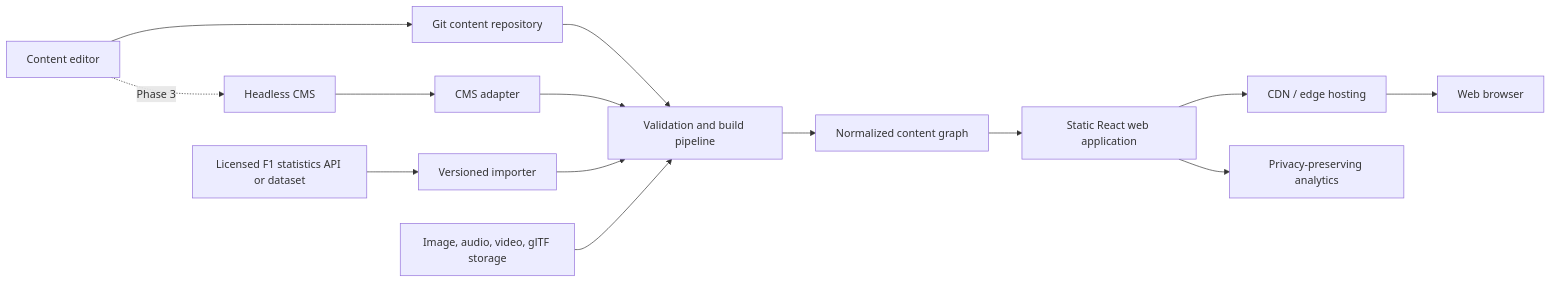
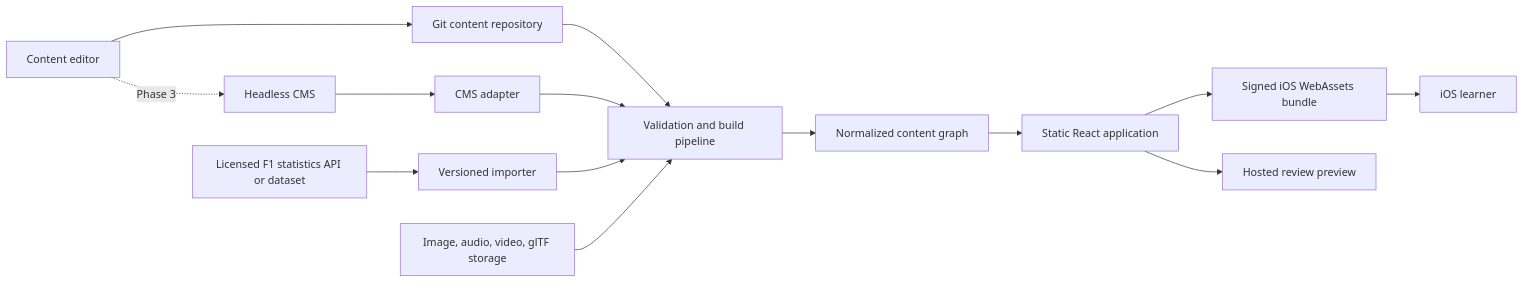
Before and after one commit to isaachan/gallery-formula-1-technology: the first of 2 diagrams in docs/ARCHITECTURE.md, drawn with Mermaid. The commit also changed other lines of this file and 278 other files, not shown here.

Commit message:
feat: implement architecture review baseline

````diff
--- a/docs/ARCHITECTURE.md
+++ b/docs/ARCHITECTURE.md
@@ -69,15 +101,15 @@
 ```mermaid
 flowchart LR
     Editor["Content editor"] --> Git["Git content repository"]
     Editor -. "Phase 3" .-> CMS["Headless CMS"]
     Stats["Licensed F1 statistics API or dataset"] --> Importer["Versioned importer"]
     Git --> Pipeline["Validation and build pipeline"]
     CMS --> Adapter["CMS adapter"] --> Pipeline
     Importer --> Pipeline
     Assets["Image, audio, video, glTF storage"] --> Pipeline
     Pipeline --> Graph["Normalized content graph"]
-    Graph --> App["Static React web application"]
-    App --> CDN["CDN / edge hosting"]
-    CDN --> Learner["Web browser"]
-    App --> Analytics["Privacy-preserving analytics"]
+    Graph --> App["Static React application"]
+    App --> Bundle["Signed iOS WebAssets bundle"]
+    Bundle --> Learner["iOS learner"]
+    App --> Preview["Hosted review preview"]
 ```
````
